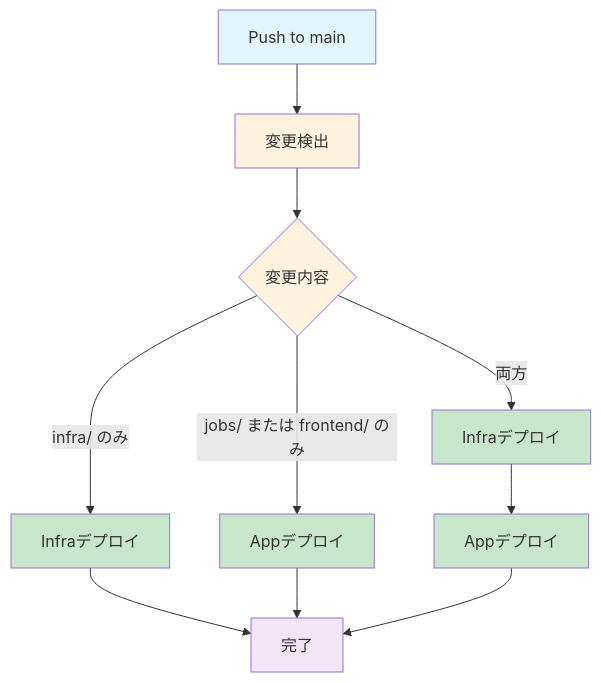
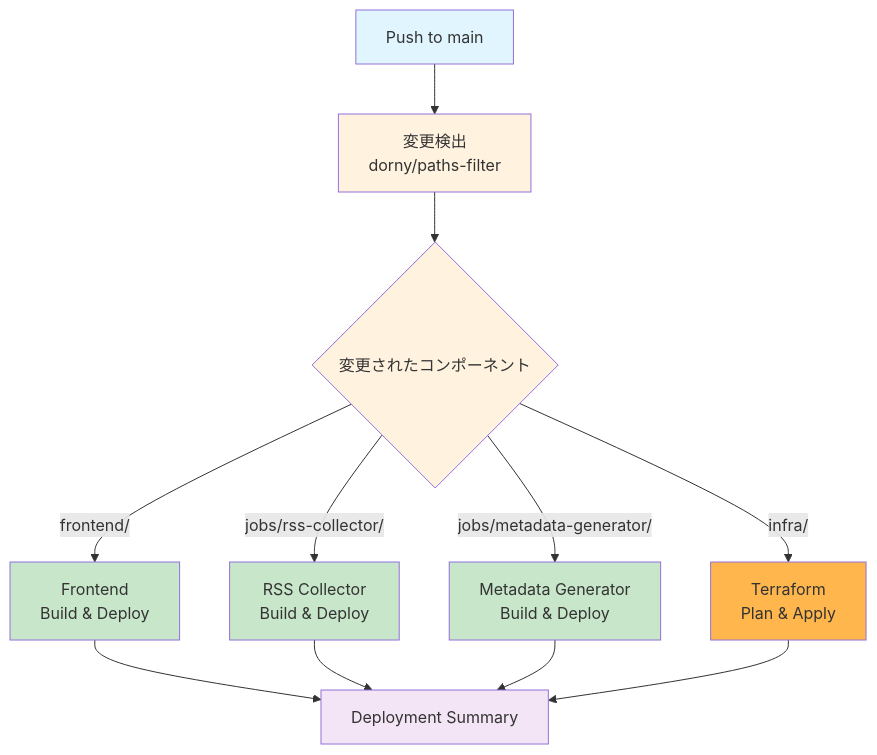
Before and after one commit to riririyo-1/gcp-semicon-survey-automation: the second of 2 diagrams in README.md, drawn with Mermaid. The commit also changed other lines of this file, not shown here.

````diff
--- a/README.md
+++ b/README.md
@@ -173,25 +174,25 @@
 ```mermaid
 graph TB
-    A[Push to main] --> B[変更検出]
+    A[Push to main] --> B[変更検出<br/>dorny/paths-filter]
 
-    B --> C{変更内容}
+    B --> C{変更されたコンポーネント}
 
-    C -->|infra/ のみ| D[Infraデプロイ]
-    C -->|jobs/ または frontend/ のみ| E[Appデプロイ]
-    C -->|両方| F[Infraデプロイ]
+    C -->|frontend/| D[Frontend<br/>Build & Deploy]
+    C -->|jobs/rss-collector/| E[RSS Collector<br/>Build & Deploy]
+    C -->|jobs/metadata-generator/| F[Metadata Generator<br/>Build & Deploy]
+    C -->|infra/| G[Terraform<br/>Plan & Apply]
 
-    F --> G[Appデプロイ]
-
-    D --> H[完了]
+    D --> H[Deployment Summary]
     E --> H
+    F --> H
     G --> H
 
     style A fill:#e1f5ff
     style B fill:#fff3e0
     style C fill:#fff3e0
     style D fill:#c8e6c9
     style E fill:#c8e6c9
     style F fill:#c8e6c9
-    style G fill:#c8e6c9
+    style G fill:#ffb74d
     style H fill:#f3e5f5
 ```
````
